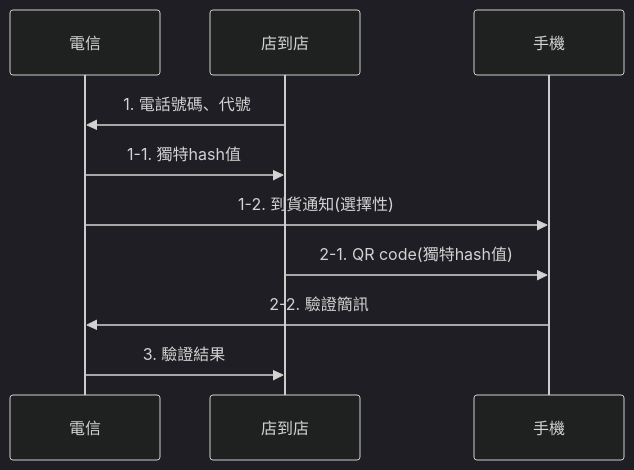
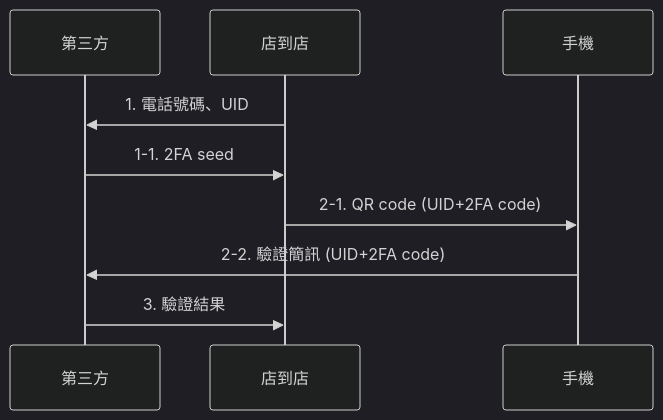
The third of 3 diagrams in README.md (Typas/pcs-final-project), drawn with Mermaid (dark theme) before and after one commit.

````diff
--- a/README.md
+++ b/README.md
@@ -53,12 +53,11 @@
 ```mermaid
 sequenceDiagram
-participant telecom as 電信
+participant telecom as 第三方
 participant company as 店到店
 participant phone as 手機
-company->>telecom: 1. 電話號碼、代號
-telecom->>company: 1-1. 獨特hash值
-telecom->>phone: 1-2. 到貨通知(選擇性)
-company->>phone: 2-1. QR code(獨特hash值)
-phone->>telecom: 2-2. 驗證簡訊
+company->>telecom: 1. 電話號碼、UID
+telecom->>company: 1-1. 2FA seed
+company->>phone: 2-1. QR code (UID+2FA code)
+phone->>telecom: 2-2. 驗證簡訊 (UID+2FA code)
 telecom->>company: 3. 驗證結果
 ```
````
